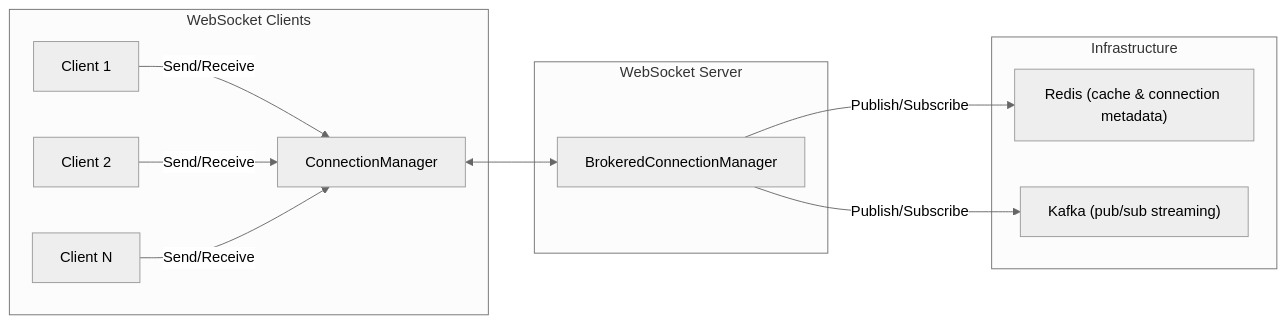
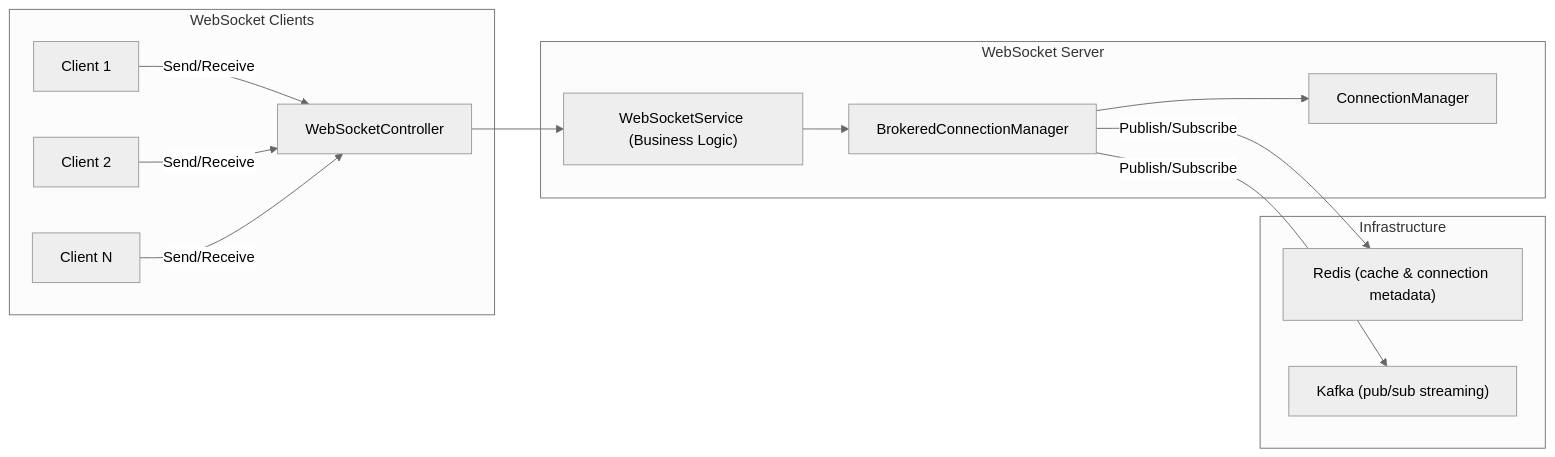
Before and after one commit to emmanuel-karanja/WebSocketLib: the diagram in Readme.md, drawn with Mermaid (neutral theme). The commit also changed other lines of this file and 1 other file, not shown here.

Commit message:
updated the readme with an example

````diff
--- a/Readme.md
+++ b/Readme.md
@@ -26,22 +27,27 @@
 ```mermaid
 flowchart LR
     subgraph Client["WebSocket Clients"]
-        A1["Client 1"] -->|Send/Receive| S1
-        A2["Client 2"] -->|Send/Receive| S1
-        A3["Client N"] -->|Send/Receive| S1
+        A1["Client 1"] -->|Send/Receive| C
+        A2["Client 2"] -->|Send/Receive| C
+        A3["Client N"] -->|Send/Receive| C
     end
 
     subgraph Server["WebSocket Server"]
-        S1["ConnectionManager"]
-        S2["BrokeredConnectionManager"]
-        S1 <--> S2
+        C["WebSocketController"]
+        S["WebSocketService (Business Logic)"]
+        CM["ConnectionManager"]
+        BCM["BrokeredConnectionManager"]
+
+        C --> S
+        S --> BCM
+        BCM --> CM
     end
 
     subgraph Infra["Infrastructure"]
         R["Redis (cache & connection metadata)"]
         K["Kafka (pub/sub streaming)"]
     end
 
-    S2 -->|Publish/Subscribe| R
-    S2 -->|Publish/Subscribe| K
+    BCM -->|Publish/Subscribe| R
+    BCM -->|Publish/Subscribe| K
 ```
````
